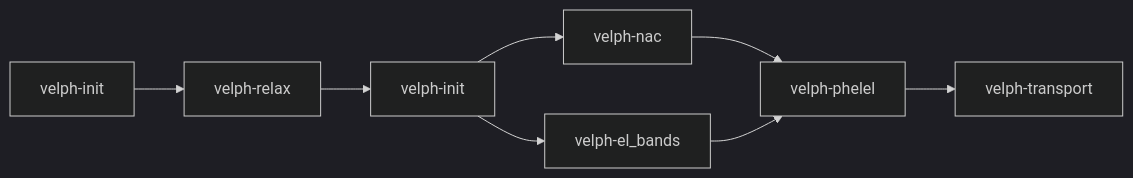
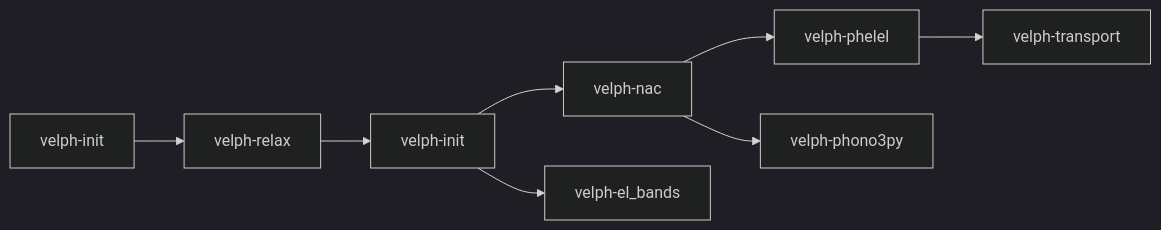
Before and after one commit to phonopy/phelel: the diagram in doc/velph-command.md, drawn with Mermaid (dark theme).

Commit message:
Update workflow diagram of velph command

````diff
--- a/doc/velph-command.md
+++ b/doc/velph-command.md
@@ -26,11 +26,11 @@
 ```{mermaid}
 graph LR
 A[velph-init] --> B[velph-relax]
 B --> C[velph-init]
 C --> D[velph-nac]
 C --> E[velph-el_bands]
 F[velph-phelel]
 D --> F
-E --> F
+D --> H[velph-phono3py]
 F --> G[velph-transport]
 ```
````
